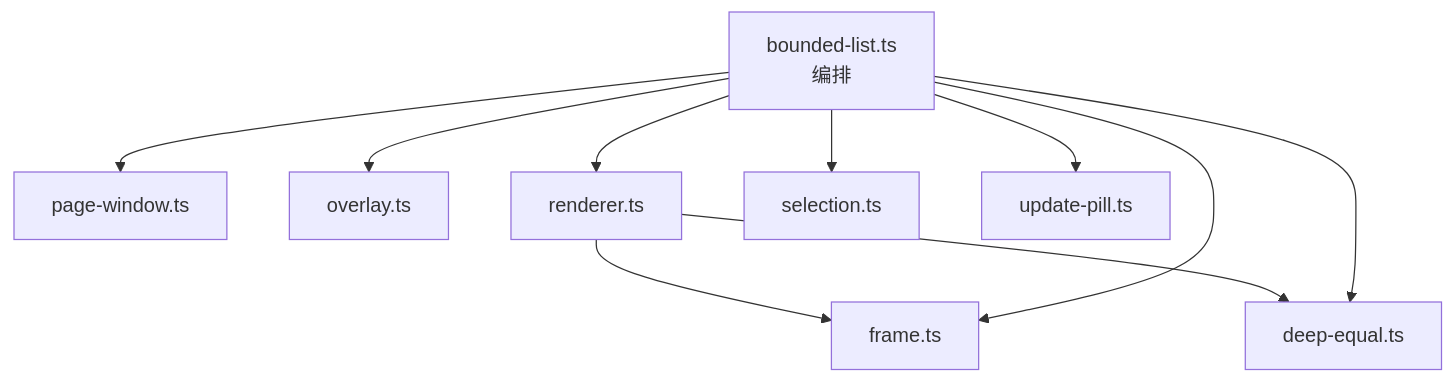
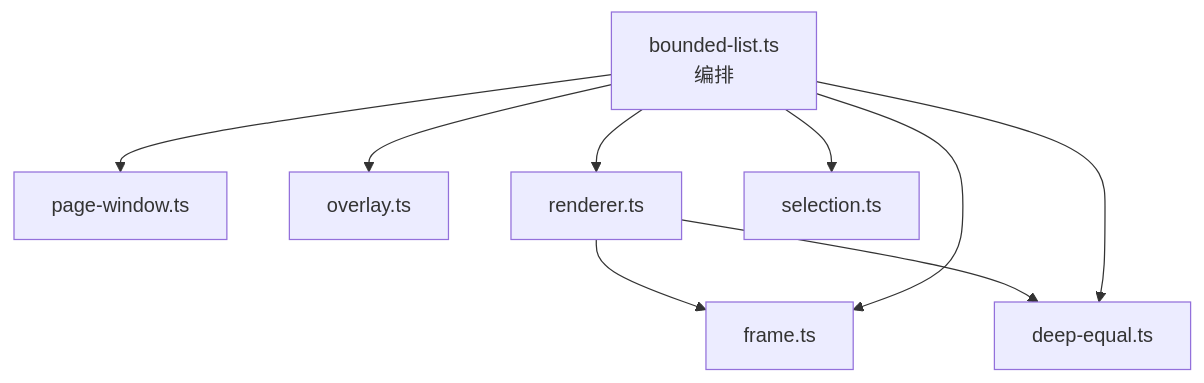
One commit to dacez/yimsg changed the third of 4 diagrams in packages/uikit/docs/boundedlist/导读.md. Above: the diagram before and after it, drawn with Mermaid. The commit also changed other lines of this file and 33 other files, not shown here.

````diff
--- a/packages/uikit/docs/boundedlist/导读.md
+++ b/packages/uikit/docs/boundedlist/导读.md
@@ -98,12 +104,11 @@
 ```mermaid
 flowchart TD
     BL["bounded-list.ts<br/>编排"] --> PW["page-window.ts"]
     BL --> OV["overlay.ts"]
     BL --> RD["renderer.ts"]
     BL --> SL["selection.ts"]
-    BL --> UP["update-pill.ts"]
     RD --> FR["frame.ts"]
     RD --> DE["deep-equal.ts"]
     BL --> FR
     BL --> DE
 ```
````
